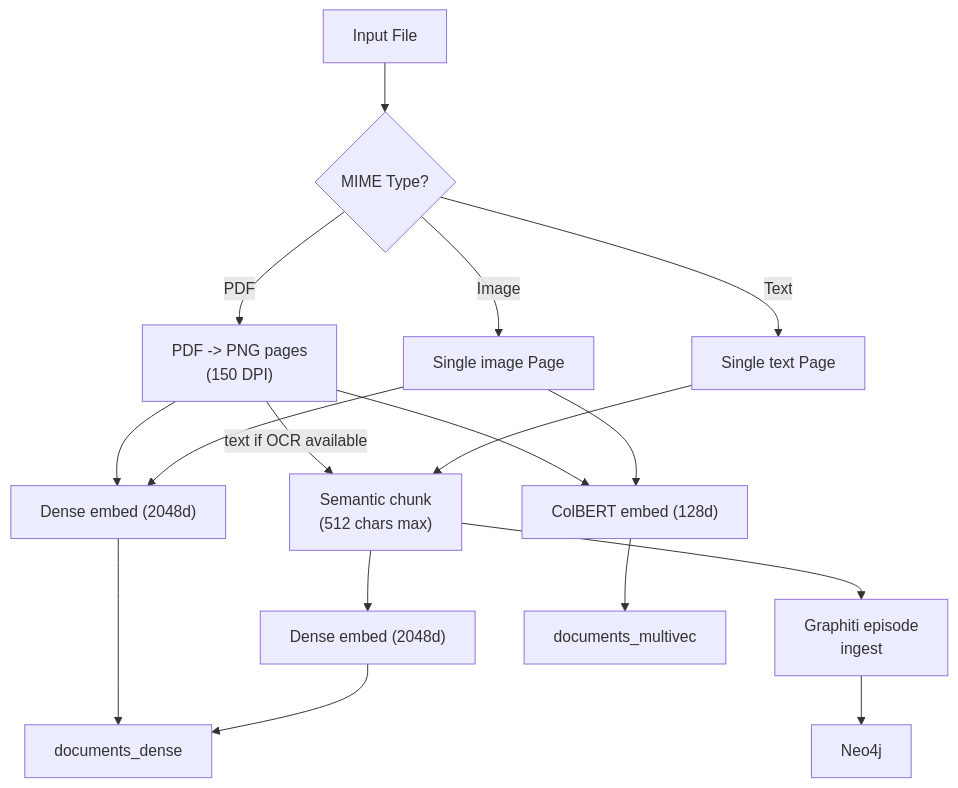
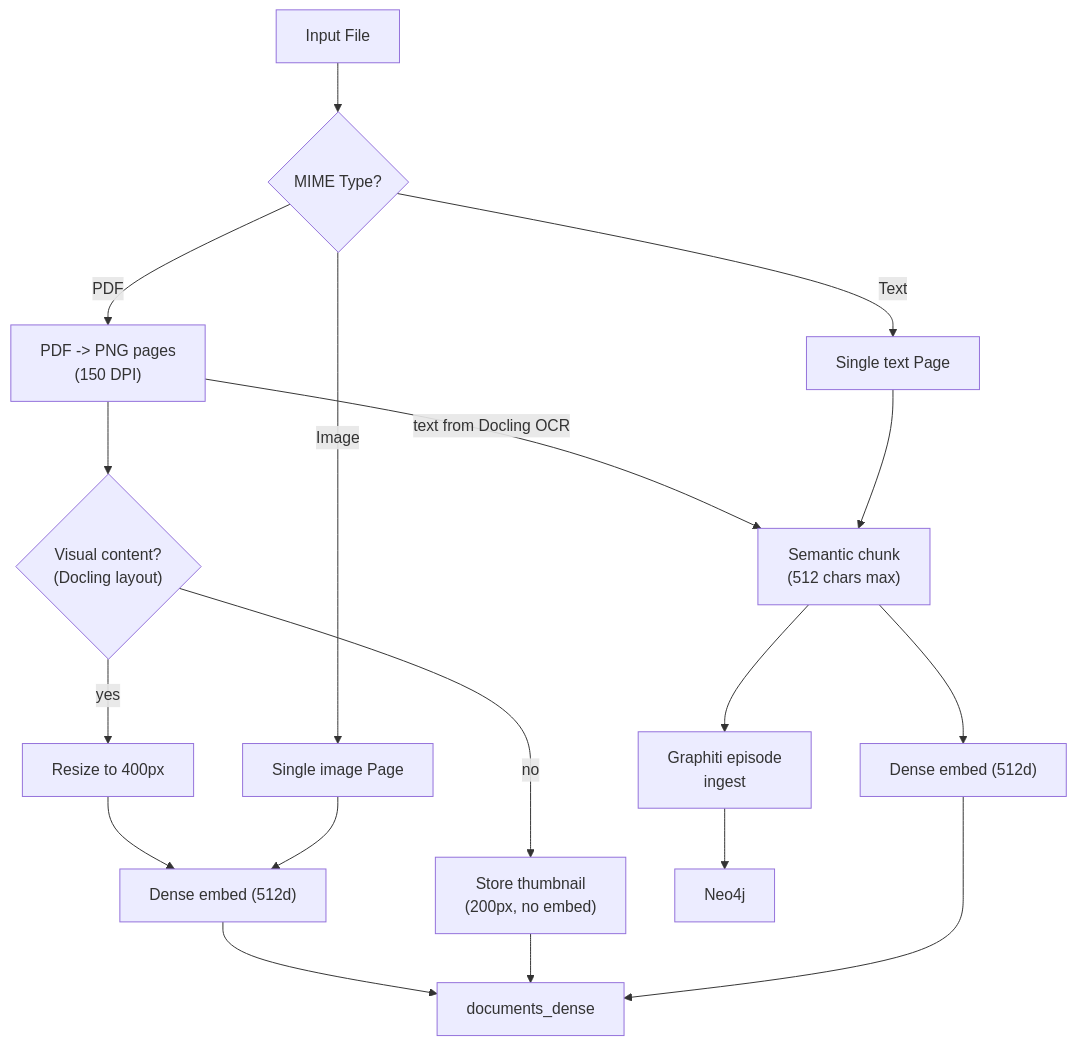
The second of 2 diagrams in docs/ingestion/overview.md (dollro/spektr), drawn with Mermaid before and after one commit. The commit also changed other lines of this file and 14 other files, not shown here.

First line of the commit message:
docs: update architecture docs, config, and CLAUDE.md

````diff
--- a/docs/ingestion/overview.md
+++ b/docs/ingestion/overview.md
@@ -44,22 +44,23 @@
 ```mermaid
 flowchart TD
     File["Input File"] --> Detect{MIME Type?}
     Detect -->|PDF| PDF["PDF -> PNG pages\n(150 DPI)"]
     Detect -->|Image| IMG["Single image Page"]
     Detect -->|Text| TXT["Single text Page"]
 
-    PDF -->|text if OCR available| SemanticChunk
-    PDF --> DenseImg["Dense embed (2048d)"]
-    PDF --> ColBERT["ColBERT embed (128d)"]
+    PDF -->|text from Docling OCR| SemanticChunk
+    PDF --> Classify{"Visual content?\n(Docling layout)"}
+    Classify -->|yes| Resize["Resize to 400px"]
+    Classify -->|no| Thumb["Store thumbnail\n(200px, no embed)"]
+    Resize --> DenseImg["Dense embed (512d)"]
     IMG --> DenseImg
-    IMG --> ColBERT
 
     TXT --> SemanticChunk["Semantic chunk\n(512 chars max)"]
-    SemanticChunk --> DenseTxt["Dense embed (2048d)"]
+    SemanticChunk --> DenseTxt["Dense embed (512d)"]
     SemanticChunk --> Graphiti["Graphiti episode\ningest"]
 
     DenseImg --> QdrantDense["documents_dense"]
-    ColBERT --> QdrantMV["documents_multivec"]
+    Thumb --> QdrantDense
     DenseTxt --> QdrantDense
     Graphiti --> Neo4jDB["Neo4j"]
 ```
````
